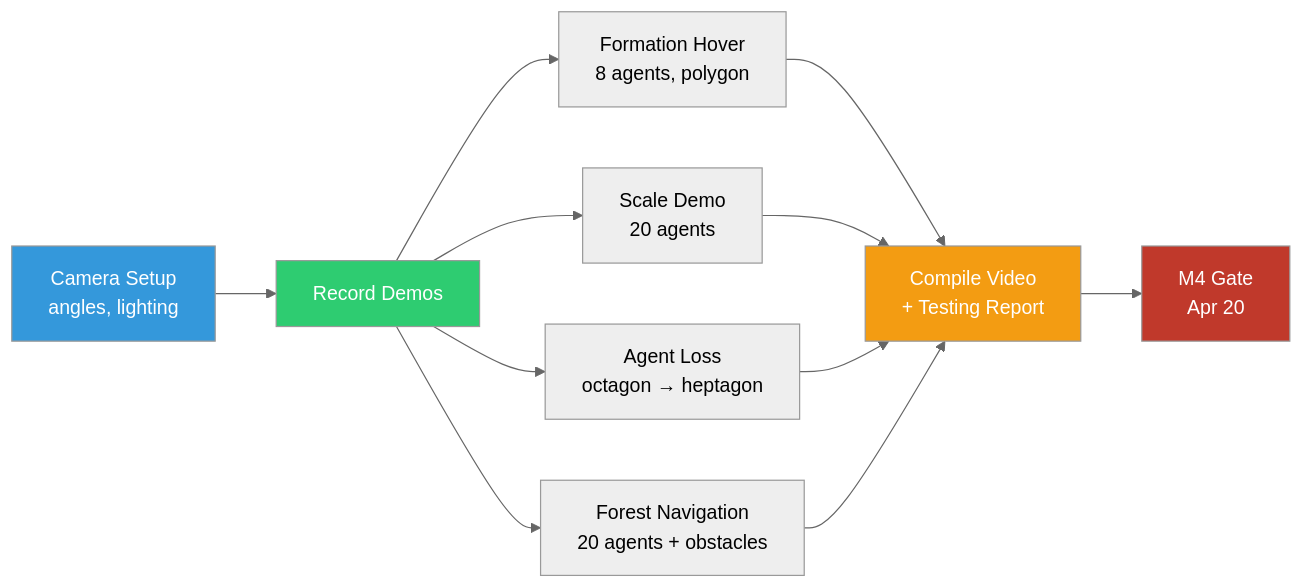
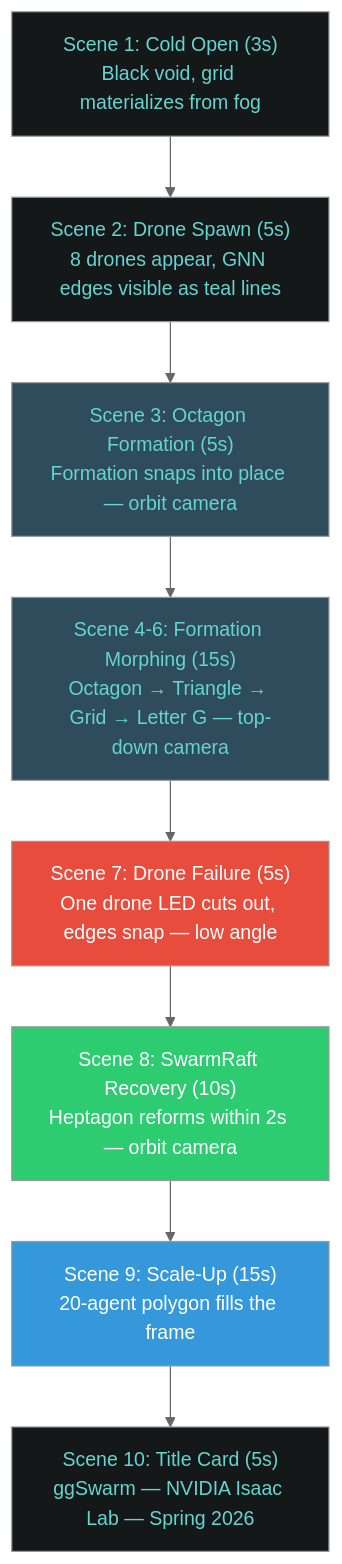
One commit to garykuepper/ggSwarm changed the diagram in docs/phases/phase5_showcase_prep.md. Above: the diagram before and after it, drawn with Mermaid (neutral theme). The commit also changed other lines of this file, not shown here.

````diff
--- a/docs/phases/phase5_showcase_prep.md
+++ b/docs/phases/phase5_showcase_prep.md
@@ -16,15 +24,20 @@
 ```mermaid
-flowchart LR
-    Setup["Camera Setup<br/>angles, lighting"] --> Record["Record Demos"]
-    Record --> R1["Formation Hover<br/>8 agents, polygon"]
-    Record --> R2["Scale Demo<br/>20 agents"]
-    Record --> R3["Agent Loss<br/>octagon → heptagon"]
-    Record --> R4["Forest Navigation<br/>20 agents + obstacles"]
-    R1 & R2 & R3 & R4 --> Edit["Compile Video<br/>+ Testing Report"]
-    Edit --> M4["M4 Gate<br/>Apr 20"]
+flowchart TD
+    S1["Scene 1: Cold Open (3s)<br/>Black void, grid materializes from fog"] --> S2
+    S2["Scene 2: Drone Spawn (5s)<br/>8 drones appear, GNN edges visible as teal lines"] --> S3
+    S3["Scene 3: Octagon Formation (5s)<br/>Formation snaps into place — orbit camera"] --> S4
+    S4["Scene 4-6: Formation Morphing (15s)<br/>Octagon → Triangle → Grid → Letter G — top-down camera"] --> S5
+    S5["Scene 7: Drone Failure (5s)<br/>One drone LED cuts out, edges snap — low angle"] --> S6
+    S6["Scene 8: SwarmRaft Recovery (10s)<br/>Heptagon reforms within 2s — orbit camera"] --> S7
+    S7["Scene 9: Scale-Up (15s)<br/>20-agent polygon fills the frame"] --> S8
+    S8["Scene 10: Title Card (5s)<br/>ggSwarm — NVIDIA Isaac Lab — Spring 2026"]
 
-    style Setup fill:#3498db,color:#fff
-    style Record fill:#2ecc71,color:#fff
-    style Edit fill:#f39c12,color:#fff
-    style M4 fill:#c0392b,color:#fff
+    style S1 fill:#141818,color:#64d5d2
+    style S2 fill:#141818,color:#64d5d2
+    style S3 fill:#2e4c5b,color:#64d5d2
+    style S4 fill:#2e4c5b,color:#64d5d2
+    style S5 fill:#e74c3c,color:#fff
+    style S6 fill:#2ecc71,color:#fff
+    style S7 fill:#3498db,color:#fff
+    style S8 fill:#141818,color:#64d5d2
 ```
````
